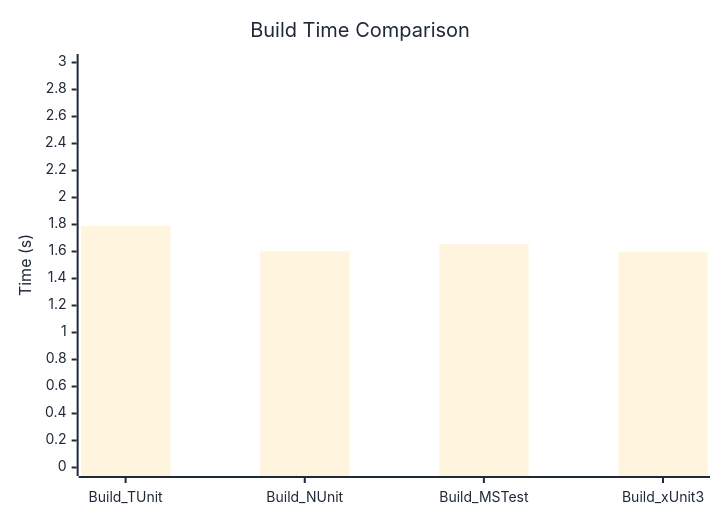
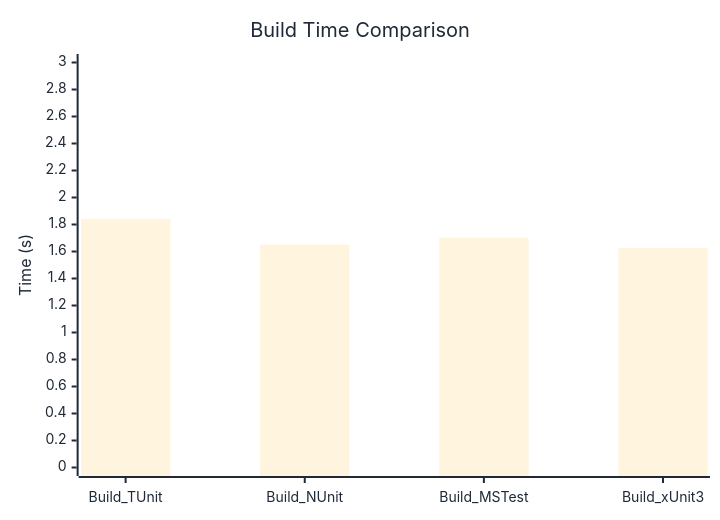
Before and after one commit to thomhurst/TUnit: the diagram in docs/docs/benchmarks/BuildTime.md, drawn with Mermaid. The commit also changed other lines of this file and 17 other files, not shown here.

````diff
--- a/docs/docs/benchmarks/BuildTime.md
+++ b/docs/docs/benchmarks/BuildTime.md
@@ -28,37 +28,37 @@
 ```mermaid
 %%{init: {
   'theme':'base',
   'themeVariables': {
     'primaryColor': '#2563eb',
     'primaryTextColor': '#1f2937',
     'primaryBorderColor': '#1e40af',
     'lineColor': '#6b7280',
     'secondaryColor': '#7c3aed',
     'tertiaryColor': '#dc2626',
     'background': '#ffffff',
     'mainBkg': '#2563eb',
     'secondBkg': '#7c3aed',
     'tertiaryBkg': '#dc2626',
     'clusterBkg': '#f3f4f6',
     'edgeLabelBackground': '#ffffff',
     'tertiaryTextColor': '#1f2937',
     'pie1': '#2563eb',
     'pie2': '#7c3aed',
     'pie3': '#dc2626',
     'pie4': '#f59e0b',
     'pie5': '#10b981',
     'pie6': '#06b6d4',
     'pie7': '#ec4899',
     'pie8': '#6366f1',
     'pie9': '#84cc16',
     'pie10': '#f97316',
     'pie11': '#14b8a6',
     'pie12': '#a855f7'
   }
 }}%%
 xychart-beta
   title "Build Time Comparison"
   x-axis ["Build_TUnit", "Build_NUnit", "Build_MSTest", "Build_xUnit3"]
   y-axis "Time (s)" 0 --> 3
-  bar [1.789, 1.601, 1.655, 1.598]
+  bar [1.842, 1.651, 1.703, 1.625]
 ```
````
